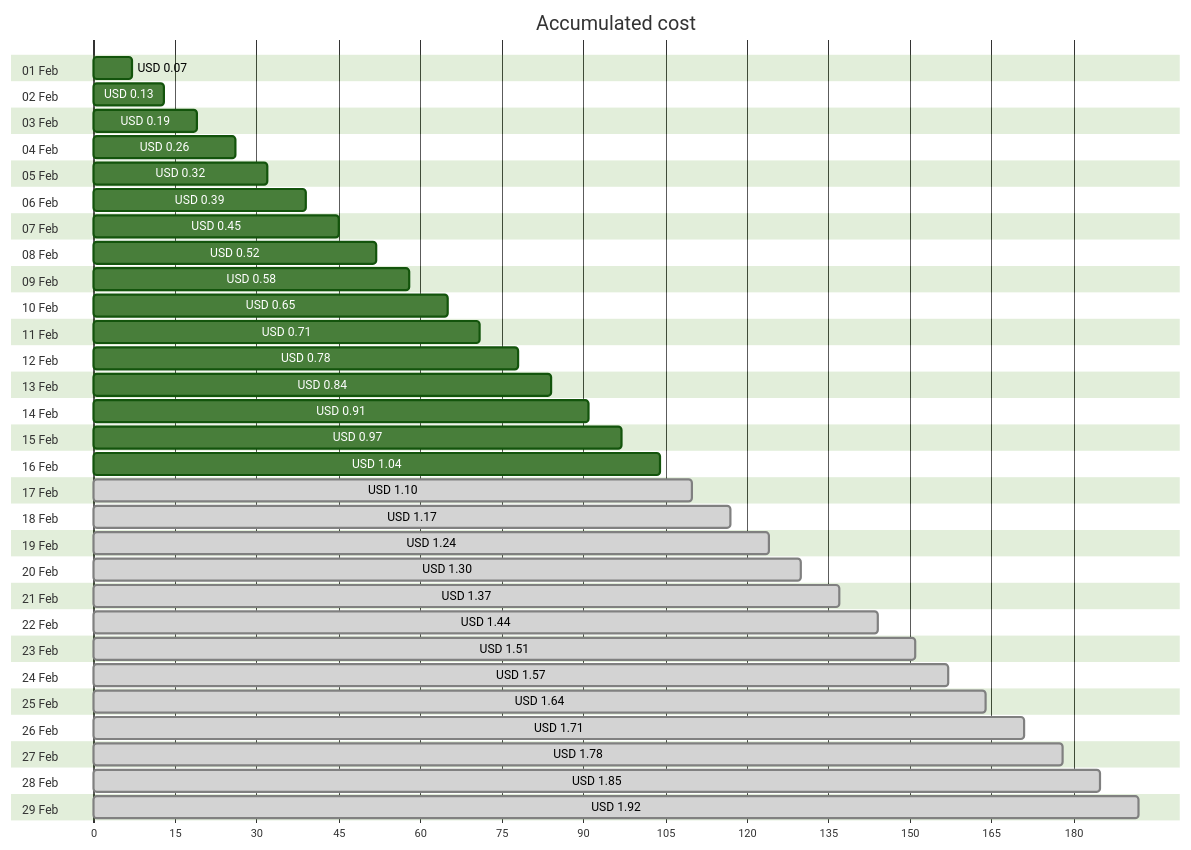
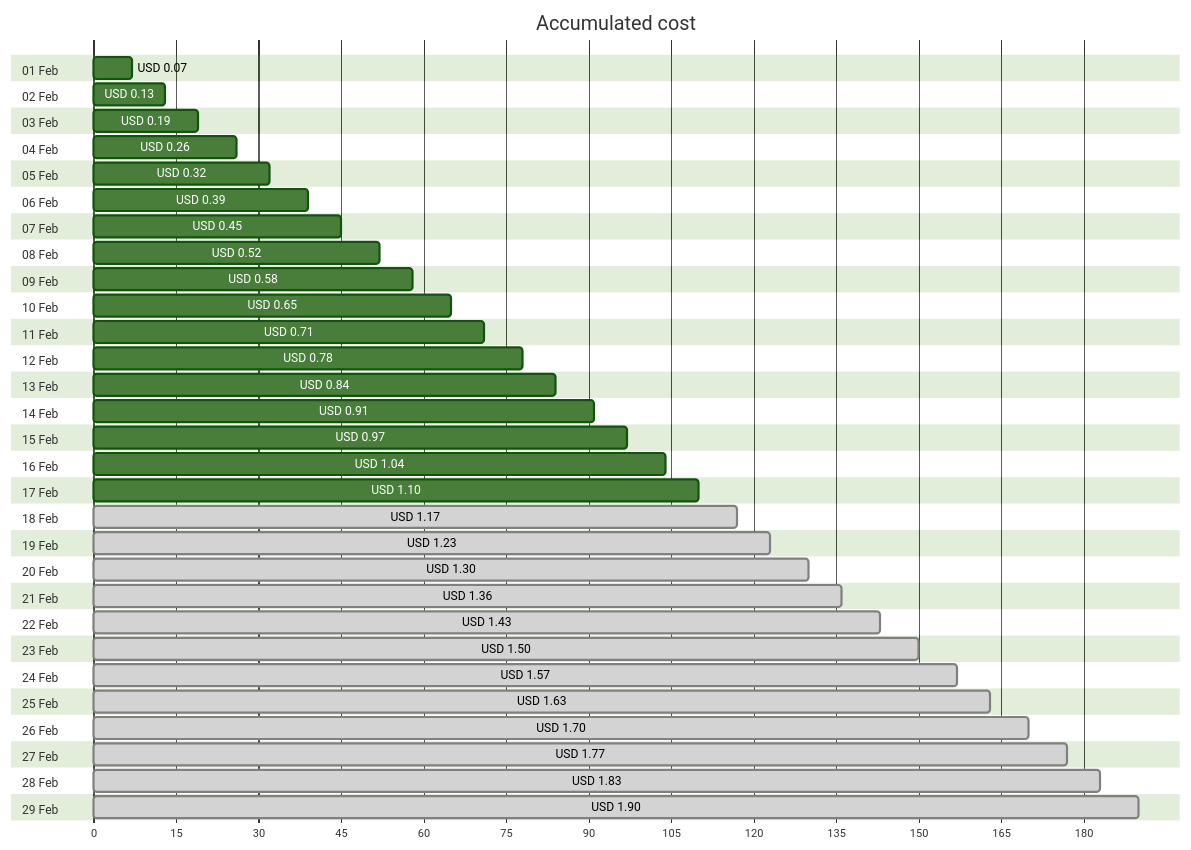
One commit to jpfulton/azure-personal-reports changed the first of 4 diagrams in cost-reports/personal-network/backup-server_OsDisk.md. Above: the diagram before and after it, drawn with Mermaid (forest theme). The commit also changed other lines of this file and 8 other files, not shown here.

````diff
--- a/cost-reports/personal-network/backup-server_OsDisk.md
+++ b/cost-reports/personal-network/backup-server_OsDisk.md
@@ -20,64 +20,64 @@
 ```mermaid
 gantt
    title Accumulated cost
    dateFormat  X
    axisFormat %s
    section 01 Feb
    USD 0.07 :0, 7
    section 02 Feb
    USD 0.13 :0, 13
    section 03 Feb
    USD 0.19 :0, 19
    section 04 Feb
    USD 0.26 :0, 26
    section 05 Feb
    USD 0.32 :0, 32
    section 06 Feb
    USD 0.39 :0, 39
    section 07 Feb
    USD 0.45 :0, 45
    section 08 Feb
    USD 0.52 :0, 52
    section 09 Feb
    USD 0.58 :0, 58
    section 10 Feb
    USD 0.65 :0, 65
    section 11 Feb
    USD 0.71 :0, 71
    section 12 Feb
    USD 0.78 :0, 78
    section 13 Feb
    USD 0.84 :0, 84
    section 14 Feb
    USD 0.91 :0, 91
    section 15 Feb
    USD 0.97 :0, 97
    section 16 Feb
    USD 1.04 :0, 104
    section 17 Feb
-   USD 1.10 : done, 0, 110
+   USD 1.10 :0, 110
    section 18 Feb
    USD 1.17 : done, 0, 117
    section 19 Feb
-   USD 1.24 : done, 0, 124
+   USD 1.23 : done, 0, 123
    section 20 Feb
    USD 1.30 : done, 0, 130
    section 21 Feb
-   USD 1.37 : done, 0, 137
+   USD 1.36 : done, 0, 136
    section 22 Feb
-   USD 1.44 : done, 0, 144
+   USD 1.43 : done, 0, 143
    section 23 Feb
-   USD 1.51 : done, 0, 151
+   USD 1.50 : done, 0, 150
    section 24 Feb
    USD 1.57 : done, 0, 157
    section 25 Feb
-   USD 1.64 : done, 0, 164
+   USD 1.63 : done, 0, 163
    section 26 Feb
-   USD 1.71 : done, 0, 171
+   USD 1.70 : done, 0, 170
    section 27 Feb
-   USD 1.78 : done, 0, 178
+   USD 1.77 : done, 0, 177
    section 28 Feb
-   USD 1.85 : done, 0, 185
+   USD 1.83 : done, 0, 183
    section 29 Feb
-   USD 1.92 : done, 0, 192
+   USD 1.90 : done, 0, 190
 ```
````
